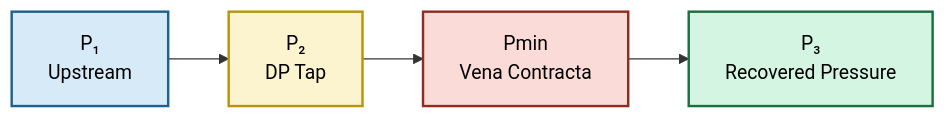
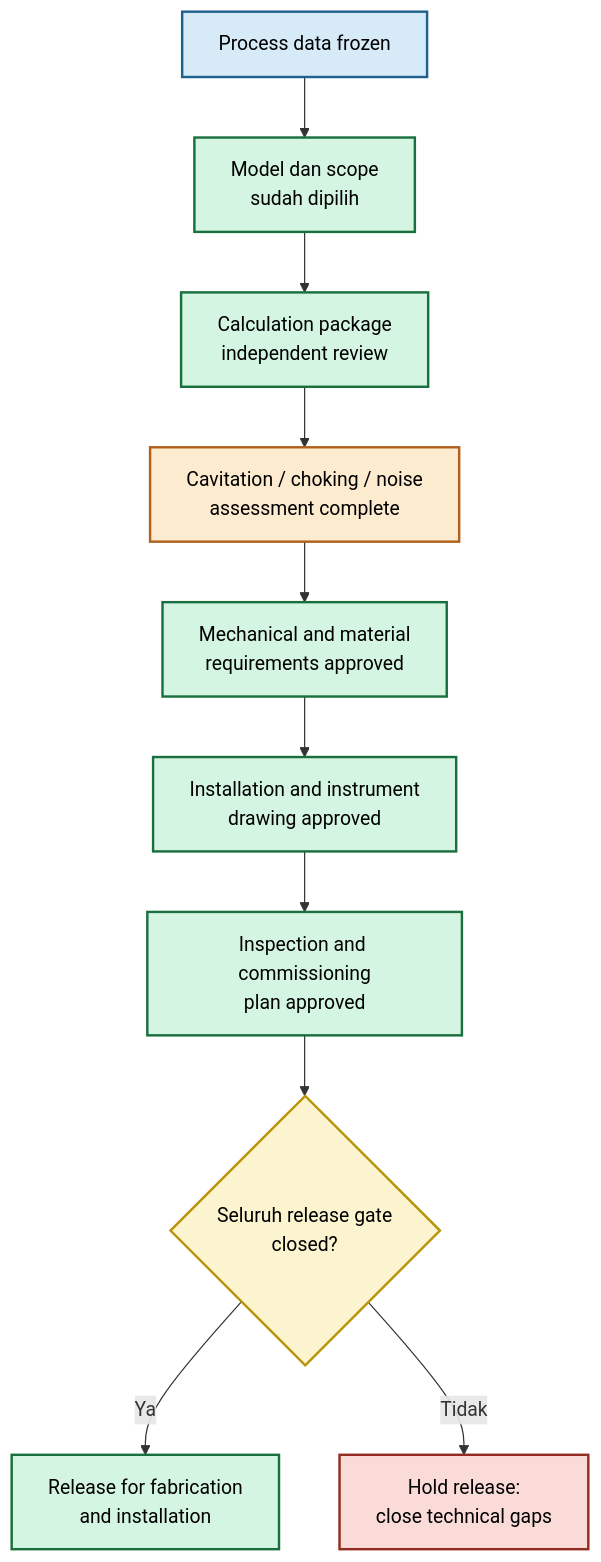
Before and after one commit to slametsampon/mx-core: diagram 17 of 18 in plugins/mx-core-docs/src/content/blog/maintenance/elins/orifice-plate.mdx, drawn with Mermaid. The commit also changed other lines of this file and 4 other files, not shown here.

````diff
--- a/plugins/mx-core-docs/src/content/blog/maintenance/elins/orifice-plate.mdx
+++ b/plugins/mx-core-docs/src/content/blog/maintenance/elins/orifice-plate.mdx
@@ -1898,15 +6922,24 @@
-```mermaid id="pressure_profile"
-flowchart LR
+```mermaid id="design_release_gate"
+flowchart TB
+    A["Process data frozen"]:::start
+    B["Model dan scope<br/>sudah dipilih"]:::check
+    C["Calculation package<br/>independent review"]:::check
+    D["Cavitation / choking / noise<br/>assessment complete"]:::risk
+    E["Mechanical and material<br/>requirements approved"]:::check
+    F["Installation and instrument<br/>drawing approved"]:::check
+    G["Inspection and commissioning<br/>plan approved"]:::check
+    H{"Seluruh release gate<br/>closed?"}:::decision
+    I["Release for fabrication<br/>and installation"]:::good
+    J["Hold release:<br/>close technical gaps"]:::warn
 
-A["P₁<br/>Upstream"]:::a
-B["P₂<br/>DP Tap"]:::b
-C["Pmin<br/>Vena Contracta"]:::c
-D["P₃<br/>Recovered Pressure"]:::d
+    A --> B --> C --> D --> E --> F --> G --> H
+    H -->|"Ya"| I
+    H -->|"Tidak"| J
 
-A --> B --> C --> D
-
-classDef a fill:#D6EAF8,color:#000,stroke:#1F618D,stroke-width:2px;
-classDef b fill:#FCF3CF,color:#000,stroke:#B7950B,stroke-width:2px;
-classDef c fill:#FADBD8,color:#000,stroke:#922B21,stroke-width:2px;
-classDef d fill:#D5F5E3,color:#000,stroke:#196F3D,stroke-width:2px;
+    classDef start fill:#D6EAF8,stroke:#1F618D,color:#000,stroke-width:2px;
+    classDef check fill:#D5F5E3,stroke:#196F3D,color:#000,stroke-width:2px;
+    classDef risk fill:#FDEBD0,stroke:#AF601A,color:#000,stroke-width:2px;
+    classDef decision fill:#FCF3CF,stroke:#B7950B,color:#000,stroke-width:2px;
+    classDef good fill:#D5F5E3,stroke:#196F3D,color:#000,stroke-width:2px;
+    classDef warn fill:#FADBD8,stroke:#922B21,color:#000,stroke-width:2px;
 ```
````
